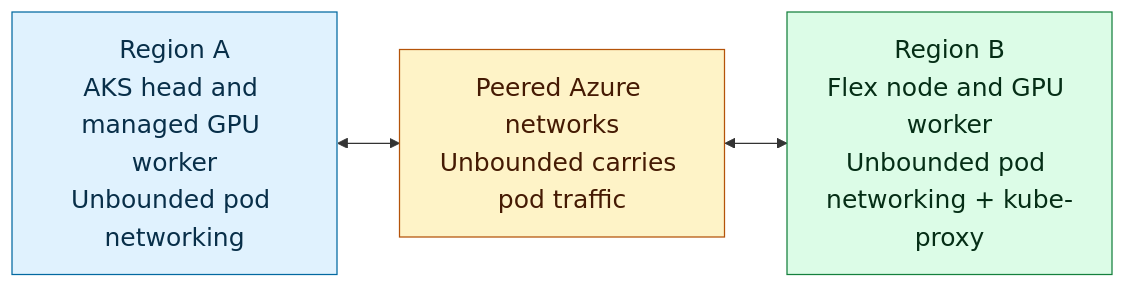
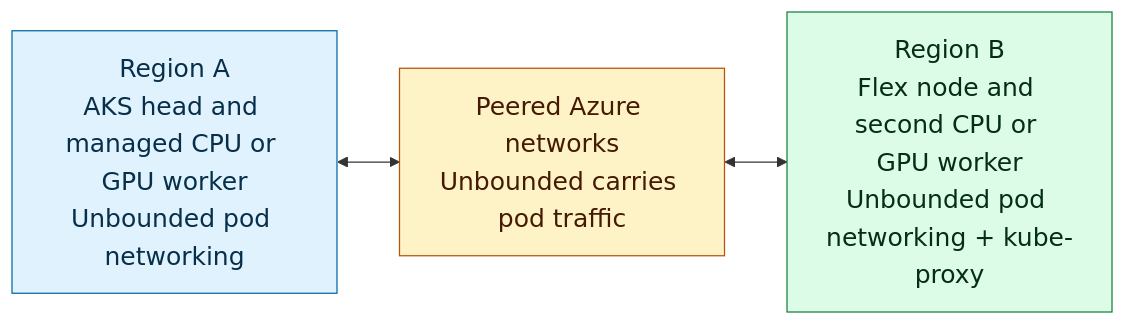
Before and after one commit to KenKilty/aks-flex-anyscale-lab: the first of 2 diagrams in docs/ai-workloads-on-aks/aks-flex-anyscale-multi-region.mdx, drawn with Mermaid. The commit also changed other lines of this file and 35 other files, not shown here.

````diff
--- a/docs/ai-workloads-on-aks/aks-flex-anyscale-multi-region.mdx
+++ b/docs/ai-workloads-on-aks/aks-flex-anyscale-multi-region.mdx
@@ -77,15 +77,15 @@
 ```mermaid
 flowchart LR
-  regionA["Region A<br/>AKS head and managed GPU worker<br/>Unbounded pod networking"]
+  regionA["Region A<br/>AKS head and managed CPU or GPU worker<br/>Unbounded pod networking"]
   network["Peered Azure networks<br/>Unbounded carries pod traffic"]
-  regionB["Region B<br/>Flex node and GPU worker<br/>Unbounded pod networking + kube-proxy"]
+  regionB["Region B<br/>Flex node and second CPU or GPU worker<br/>Unbounded pod networking + kube-proxy"]
 
   regionA <--> network <--> regionB
 
   classDef home fill:#e0f2fe,stroke:#0369a1,color:#082f49,font-size:20px
   classDef link fill:#fef3c7,stroke:#b45309,color:#451a03,font-size:20px
   classDef flex fill:#dcfce7,stroke:#15803d,color:#052e16,font-size:20px
   class regionA home
   class network link
   class regionB flex
 ```
````
